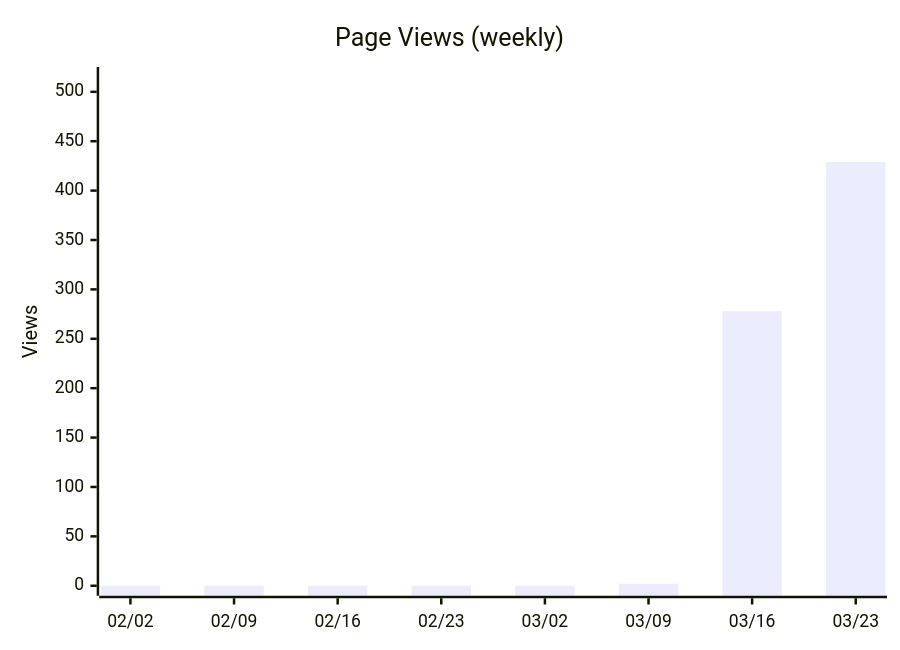
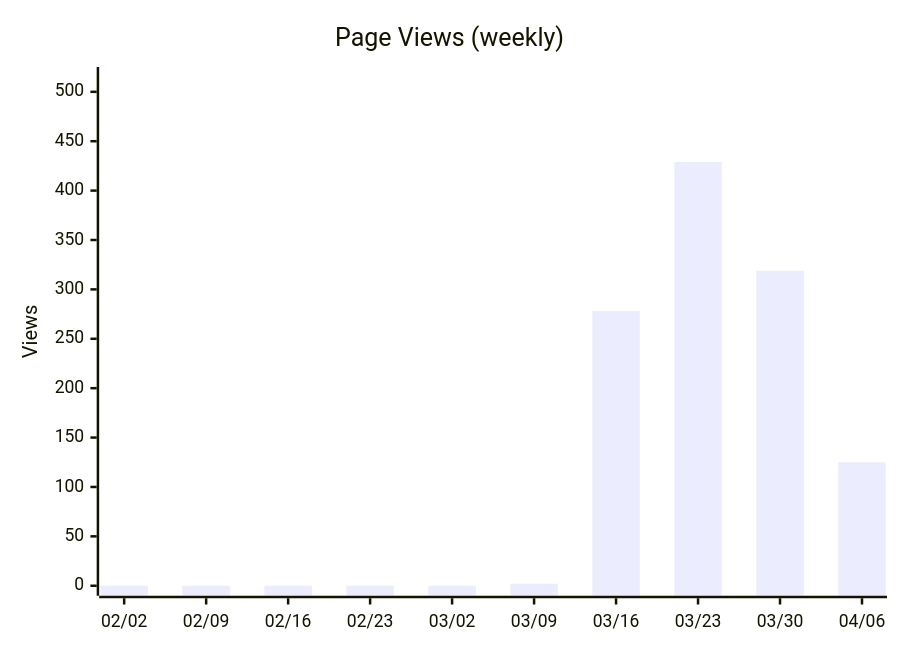
Diagram 12 of 14 in docs/metrics.md (nablarch/nabledge-dev), drawn with Mermaid before and after one commit. The commit also changed other lines of this file and 2 other files, not shown here.

````diff
--- a/docs/metrics.md
+++ b/docs/metrics.md
@@ -155,7 +155,7 @@
 ```mermaid
 xychart-beta
   title "Page Views (weekly)"
-  x-axis ["02/02", "02/09", "02/16", "02/23", "03/02", "03/09", "03/16", "03/23"]
+  x-axis ["02/02", "02/09", "02/16", "02/23", "03/02", "03/09", "03/16", "03/23", "03/30", "04/06"]
   y-axis "Views" 0 --> 515
-  bar [0, 0, 0, 0, 0, 2, 278, 429]
+  bar [0, 0, 0, 0, 0, 2, 278, 429, 319, 125]
 ```
````
